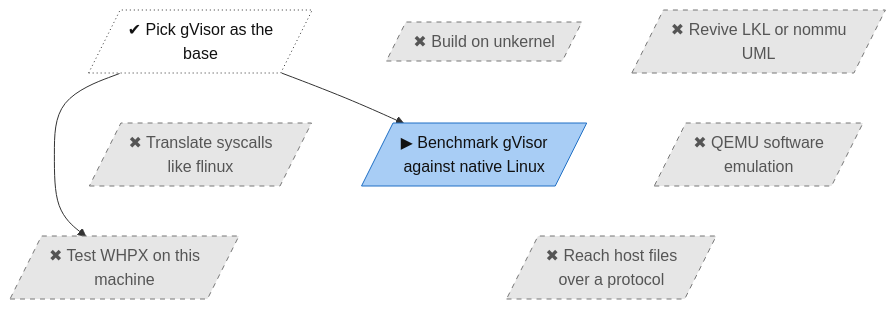
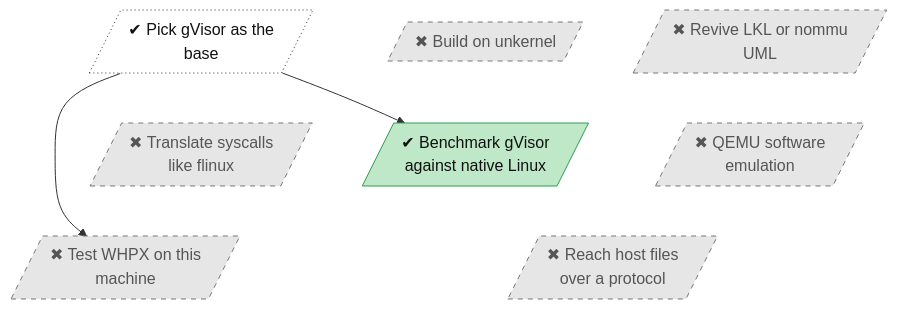
Before and after one commit to lhns/gvisor-windows: the diagram in docs/roadmap/tracks/research.md, drawn with Mermaid. The commit also changed other lines of this file and 6 other files, not shown here.

````diff
--- a/docs/roadmap/tracks/research.md
+++ b/docs/roadmap/tracks/research.md
@@ -10,36 +10,36 @@
 ```mermaid
 flowchart TB
     research_gvisor_base[/"✔ Pick gVisor as the<br/>base"/]
     research_lkl_nommu[/"✖ Revive LKL or nommu<br/>UML"/]
     research_unkernel[/"✖ Build on unkernel"/]
     research_flinux_translation[/"✖ Translate syscalls<br/>like flinux"/]
     research_qemu_emulation[/"✖ QEMU software<br/>emulation"/]
-    research_gvisor_benchmark[/"▶ Benchmark gVisor<br/>against native Linux"/]
+    research_gvisor_benchmark[/"✔ Benchmark gVisor<br/>against native Linux"/]
     research_whpx_this_machine[/"✖ Test WHPX on this<br/>machine"/]
     research_file_protocol[/"✖ Reach host files<br/>over a protocol"/]
     research_gvisor_base ~~~ research_flinux_translation
     research_lkl_nommu ~~~ research_qemu_emulation
     research_unkernel ~~~ research_gvisor_benchmark
     research_flinux_translation ~~~ research_whpx_this_machine
     research_qemu_emulation ~~~ research_file_protocol
     research_gvisor_benchmark ~~~ research_file_protocol
     research_gvisor_base --> research_gvisor_benchmark
     research_gvisor_base --> research_whpx_this_machine
     classDef vsucc fill:#2e9e4f,stroke:#1b6b34,color:#fff
     classDef succ fill:#bfe8c8,stroke:#2e9e4f,color:#111
     classDef mixed fill:#ffd37a,stroke:#c98a00,color:#111
     classDef bad fill:#f28b82,stroke:#b3261e,color:#111
     classDef dead fill:#e6e6e6,stroke:#777,stroke-dasharray:5 5,color:#555
     classDef inprog fill:#a8cdf5,stroke:#1f6fc5,color:#111
     classDef next fill:#fff,stroke:#333,color:#111
     classDef blocked fill:#fff,stroke:#b3261e,stroke-dasharray:2 2,color:#111
     classDef parked fill:#f3f3f3,stroke:#999,color:#555
     classDef unrated fill:#fff,stroke:#333,stroke-dasharray:1 3,color:#111
     classDef gate fill:#d9c2f0,stroke:#7b3fb5,color:#111
     classDef decided fill:#ece0f7,stroke:#7b3fb5,stroke-dasharray:2 2,color:#111
     classDef finding fill:#ffe0b2,stroke:#d84315,stroke-width:2px,color:#111
     classDef waiting fill:#e3f2fd,stroke:#1f6fc5,stroke-dasharray:5 5,color:#111
     class research_gvisor_base unrated
     class research_lkl_nommu,research_unkernel,research_flinux_translation,research_qemu_emulation,research_whpx_this_machine,research_file_protocol dead
-    class research_gvisor_benchmark inprog
+    class research_gvisor_benchmark succ
 ```
````
